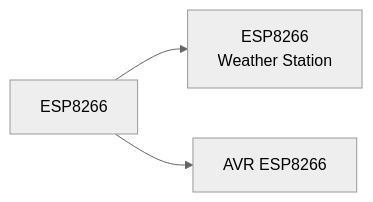
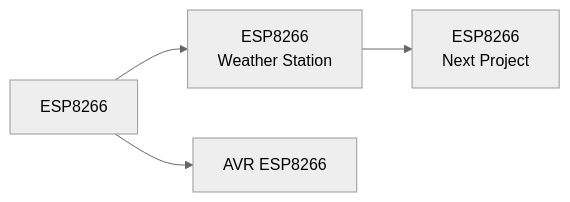
Before and after one commit to SagiK-Repository/ESP8266-WiFi-Curriculum: the diagram in README.md, drawn with Mermaid (neutral theme).

````diff
--- a/README.md
+++ b/README.md
@@ -9,6 +9,6 @@
 ```mermaid
 flowchart LR
-A_1["ESP8266"]-->A_2["ESP8266 <br> Weather Station"]
+A_1["ESP8266"]-->A_2["ESP8266 <br> Weather Station"]-->A_3["ESP8266<br>Next Project"]
 A_1-->B_1["AVR ESP8266"]
 
 ```
````
